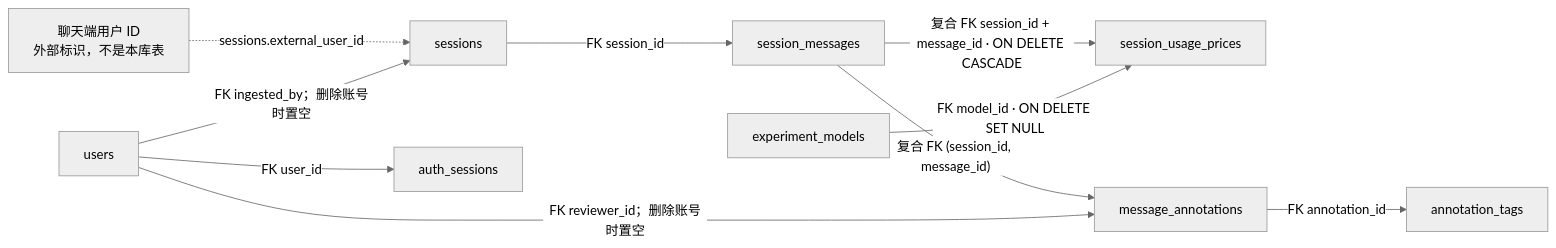
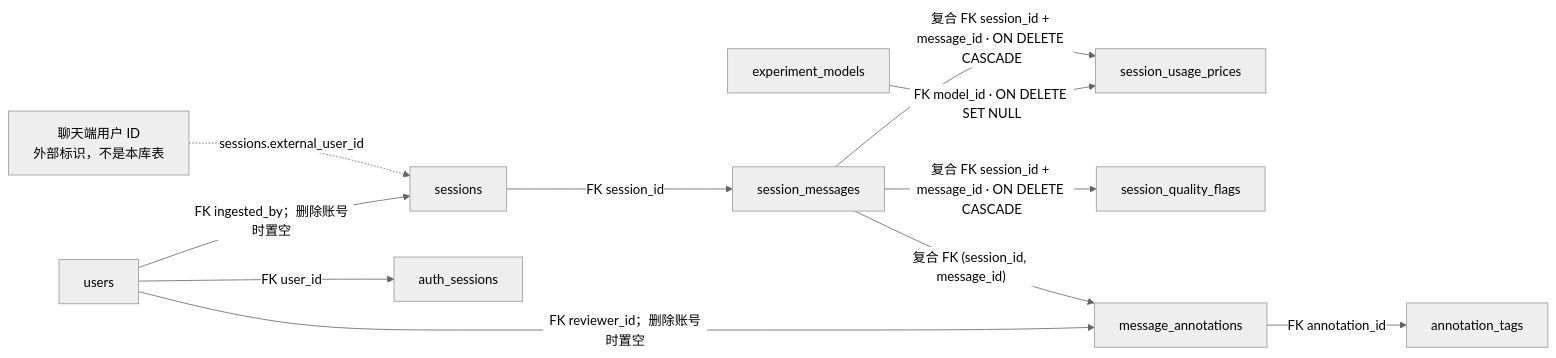
Before and after one commit to weiAX95/admin: diagram 16 of 17 in docs/database-relationships.md, drawn with Mermaid (neutral theme). The commit also changed other lines of this file and 12 other files, not shown here.

````diff
--- a/docs/database-relationships.md
+++ b/docs/database-relationships.md
@@ -418,12 +418,13 @@
 ```mermaid
 flowchart LR
   ChatUser["聊天端用户 ID<br/>外部标识，不是本库表"] -. "sessions.external_user_id" .-> Sessions["sessions"]
   Users["users"] -->|"FK ingested_by；删除账号时置空"| Sessions
   Sessions -->|"FK session_id"| Messages["session_messages"]
   Messages -->|"复合 FK session_id + message_id · ON DELETE CASCADE"| SessionPrices["session_usage_prices"]
+  Messages -->|"复合 FK session_id + message_id · ON DELETE CASCADE"| QualityFlags["session_quality_flags"]
   Models["experiment_models"] -->|"FK model_id · ON DELETE SET NULL"| SessionPrices
   Messages -->|"复合 FK (session_id, message_id)"| Annotations["message_annotations"]
   Users -->|"FK user_id"| Tokens["auth_sessions"]
   Users -->|"FK reviewer_id；删除账号时置空"| Annotations
   Annotations -->|"FK annotation_id"| AnnotationTags["annotation_tags"]
 ```
````
